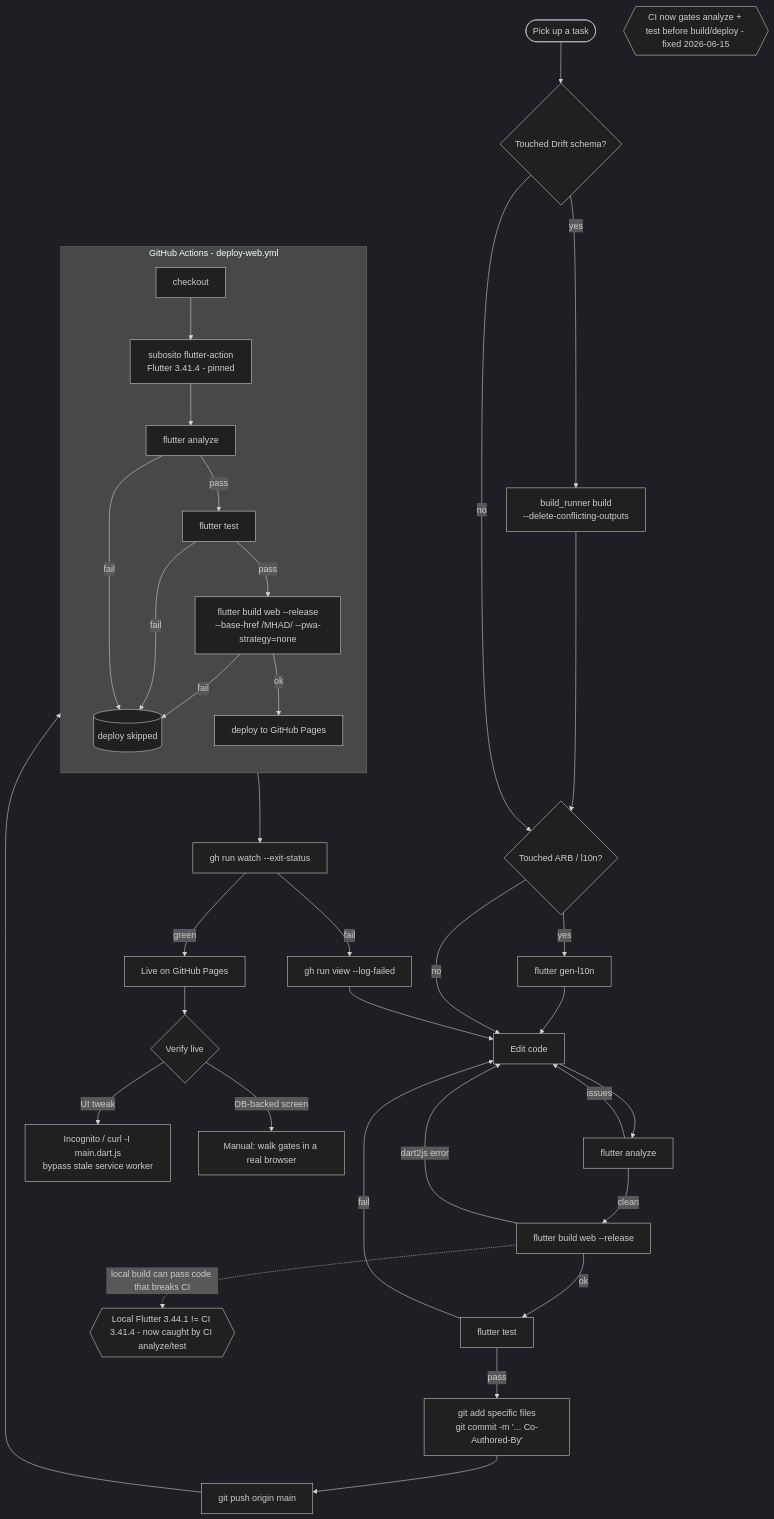
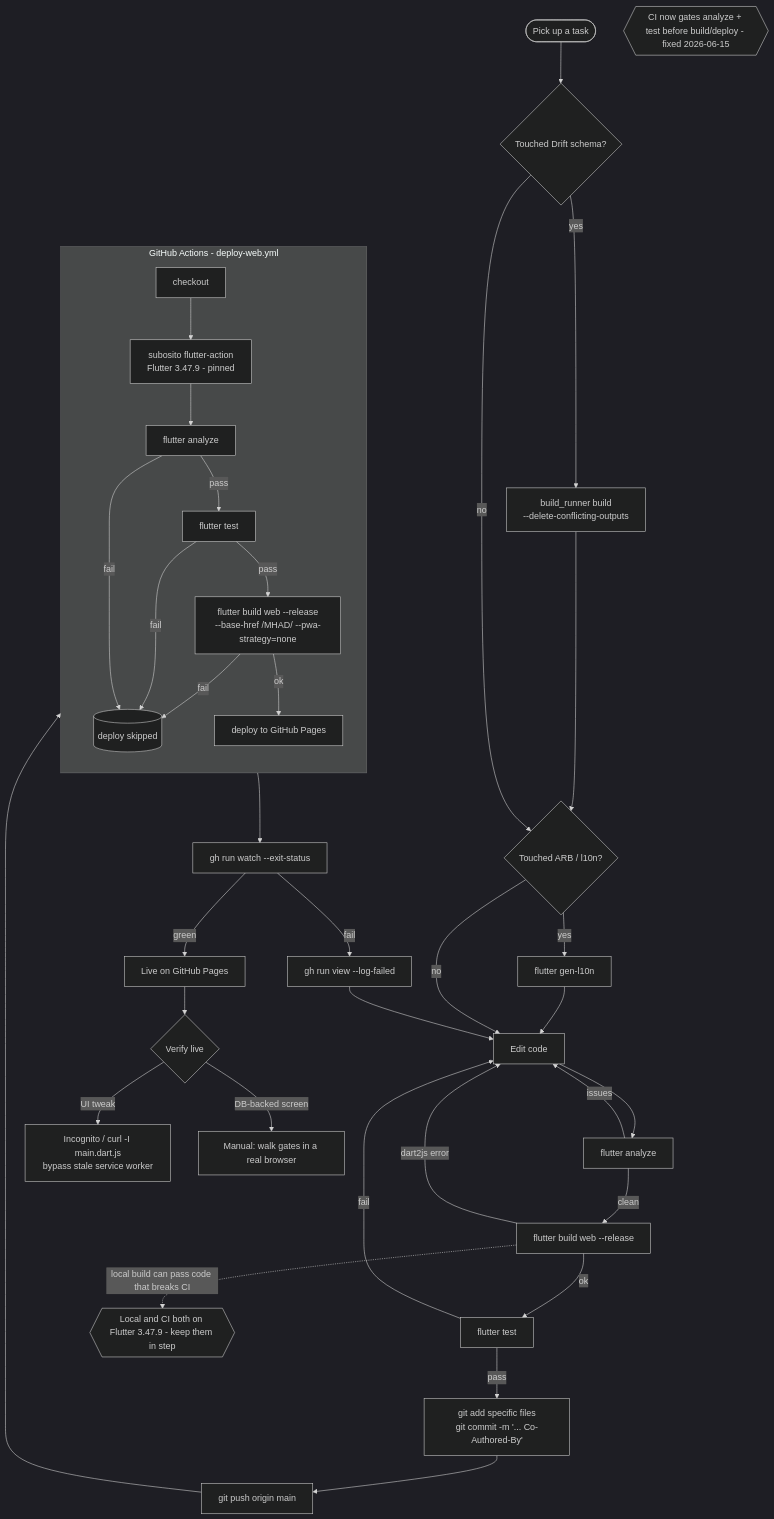
The diagram in docs/DEV_WORKFLOW.md (Onica5000/MHAD), drawn with Mermaid (dark theme) before and after one commit. The commit also changed other lines of this file and 5 other files, not shown here.

````diff
--- a/docs/DEV_WORKFLOW.md
+++ b/docs/DEV_WORKFLOW.md
@@ -8,41 +8,41 @@
 ```mermaid
 flowchart TD
   Start([Pick up a task]) --> SchemaQ{Touched Drift schema?}
   SchemaQ -- yes --> Gen[build_runner build\n--delete-conflicting-outputs] --> L10nQ
   SchemaQ -- no --> L10nQ{Touched ARB / l10n?}
   L10nQ -- yes --> Gen2[flutter gen-l10n] --> Edit
   L10nQ -- no --> Edit[Edit code]
 
   Edit --> Analyze[flutter analyze]
   Analyze -- issues --> Edit
   Analyze -- clean --> WebBuild[flutter build web --release]
   WebBuild -- dart2js error --> Edit
   WebBuild -- ok --> Test[flutter test]
   Test -- fail --> Edit
   Test -- pass --> Commit[git add specific files\ngit commit -m '... Co-Authored-By']
   Commit --> Push[git push origin main]
   Push --> CI[[CI: deploy-web.yml]]
 
   subgraph CI[GitHub Actions - deploy-web.yml]
     direction TD
-    C1[checkout] --> C2[subosito flutter-action\nFlutter 3.41.4 - pinned]
+    C1[checkout] --> C2[subosito flutter-action\nFlutter 3.47.9 - pinned]
     C2 --> CA[flutter analyze]
     CA -- fail --> CIfail[(deploy skipped)]
     CA -- pass --> CT[flutter test]
     CT -- fail --> CIfail
     CT -- pass --> C3[flutter build web --release\n--base-href /MHAD/ --pwa-strategy=none]
     C3 -- fail --> CIfail
     C3 -- ok --> C4[deploy to GitHub Pages]
   end
 
   CI --> Watch[gh run watch --exit-status]
   Watch -- fail --> Logs[gh run view --log-failed] --> Edit
   Watch -- green --> Live[Live on GitHub Pages]
   Live --> Verify{Verify live}
   Verify -- "UI tweak" --> Incognito[Incognito / curl -I main.dart.js\nbypass stale service worker]
   Verify -- "DB-backed screen" --> Manual[Manual: walk gates in a real browser]
 
   CInote{{CI now gates analyze + test before build/deploy - fixed 2026-06-15}}
-  SkewNote{{Local Flutter 3.44.1 != CI 3.41.4 - now caught by CI analyze/test}}
+  SkewNote{{Local and CI both on Flutter 3.47.9 - keep them in step}}
   WebBuild -. local build can pass code that breaks CI .-> SkewNote
 ```
````
